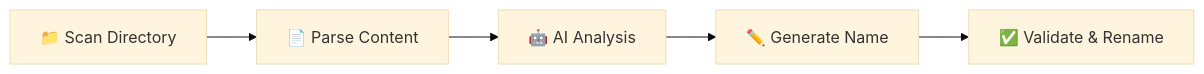
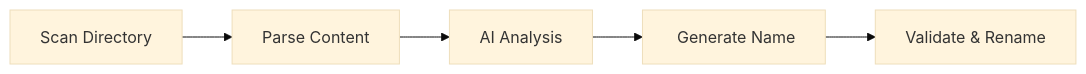
The diagram in README.md (amirdaraee/namewise), drawn with Mermaid (base theme) before and after one commit. The commit also changed other lines of this file, not shown here.

````diff
--- a/README.md
+++ b/README.md
@@ -234,7 +234,7 @@
 ```mermaid
 graph LR
-    A[📁 Scan Directory] --> B[📄 Parse Content]
-    B --> C[🤖 AI Analysis]
-    C --> D[✏️ Generate Name]
-    D --> E[✅ Validate & Rename]
+ A[ Scan Directory] --> B[ Parse Content]
+ B --> C[ AI Analysis]
+ C --> D[️ Generate Name]
+ D --> E[ Validate & Rename]
 ```
````
